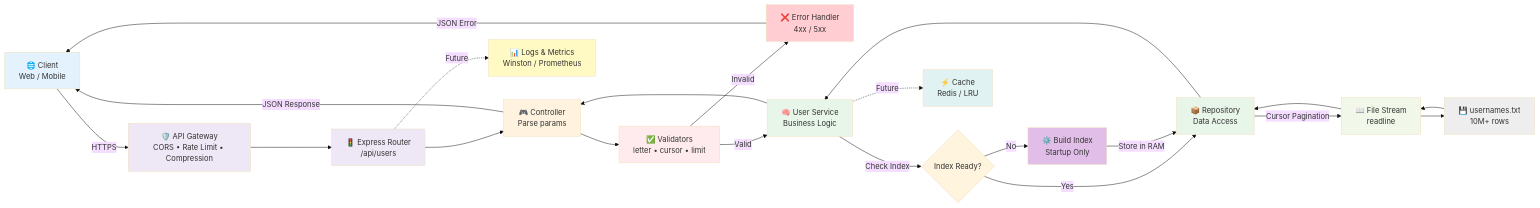
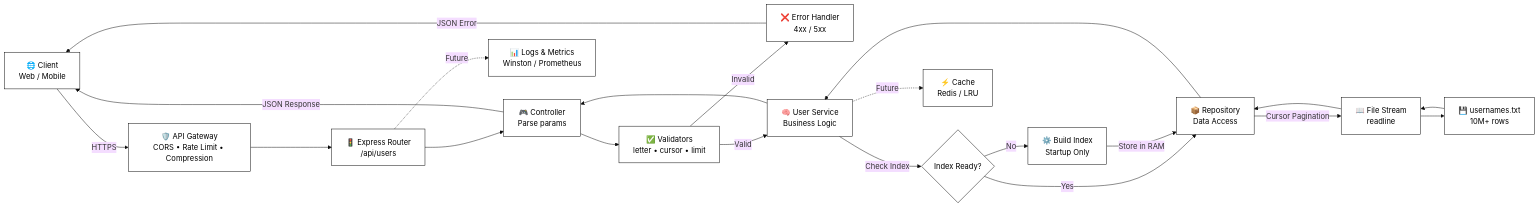
The diagram in docs/ARCHITECTURE.md (TahaBENMALEK/scalable-user-browser), drawn with Mermaid (base theme) before and after one commit. The commit also changed other lines of this file, not shown here.

Commit message:
fix/ correct mermaid architecture in ARCHITECTURE.md file

````diff
--- a/docs/ARCHITECTURE.md
+++ b/docs/ARCHITECTURE.md
@@ -11,66 +11,67 @@
 ```mermaid
 graph LR
     %% ======================
     %% CLIENT & EDGE
     %% ======================
     Client["🌐 Client<br/>Web / Mobile"] 
         -->|HTTPS| Gateway["🛡️ API Gateway<br/>CORS • Rate Limit • Compression"]
 
     %% ======================
     %% API LAYER
     %% ======================
     Gateway --> Router["🚦 Express Router<br/>/api/users"]
     Router --> Controller["🎮 Controller<br/>Parse params"]
     Controller --> Validators["✅ Validators<br/>letter • cursor • limit"]
 
     Validators -->|Invalid| ErrorHandler["❌ Error Handler<br/>4xx / 5xx"]
     Validators -->|Valid| Service["🧠 User Service<br/>Business Logic"]
 
     %% ======================
     %% SERVICE LAYER
     %% ======================
     Service -->|Check Index| IndexCheck{Index Ready?}
     IndexCheck -->|No| BuildIndex["⚙️ Build Index<br/>Startup Only"]
     IndexCheck -->|Yes| Repository["📦 Repository<br/>Data Access"]
 
     BuildIndex -->|Store in RAM| Repository
 
     %% ======================
     %% DATA & IO
     %% ======================
     Repository -->|Cursor Pagination| Stream["📖 File Stream<br/>readline"]
     Stream --> FileSystem["💾 usernames.txt<br/>10M+ rows"]
     FileSystem --> Stream
     Stream --> Repository
 
     %% ======================
     %% RESPONSE PATHS
     %% ======================
     Repository --> Service
     Service --> Controller
     Controller -->|JSON Response| Client
     ErrorHandler -->|JSON Error| Client
 
     %% ======================
     %% OPTIONAL ENHANCEMENTS
     %% ======================
     Service -.->|Future| Cache["⚡ Cache<br/>Redis / LRU"]
     Router -.->|Future| Logs["📊 Logs & Metrics<br/>Winston / Prometheus"]
 
     %% ======================
-    %% STYLING
+    %% UNIFIED STYLING
     %% ======================
-    style Client fill:#e3f2fd
-    style Gateway fill:#ede7f6
-    style Router fill:#ede7f6
-    style Controller fill:#fff3e0
-    style Validators fill:#ffebee
-    style Service fill:#e8f5e9
-    style Repository fill:#e8f5e9
-    style Stream fill:#f1f8e9
-    style FileSystem fill:#eeeeee
-    style Cache fill:#e0f2f1
-    style ErrorHandler fill:#ffcdd2
-    style Logs fill:#fff9c4
-    style BuildIndex fill:#e1bee7
+    style Client fill:#ffffff,stroke:#000000,color:#000000
+    style Gateway fill:#ffffff,stroke:#000000,color:#000000
+    style Router fill:#ffffff,stroke:#000000,color:#000000
+    style Controller fill:#ffffff,stroke:#000000,color:#000000
+    style Validators fill:#ffffff,stroke:#000000,color:#000000
+    style Service fill:#ffffff,stroke:#000000,color:#000000
+    style Repository fill:#ffffff,stroke:#000000,color:#000000
+    style Stream fill:#ffffff,stroke:#000000,color:#000000
+    style FileSystem fill:#ffffff,stroke:#000000,color:#000000
+    style Cache fill:#ffffff,stroke:#000000,color:#000000
+    style ErrorHandler fill:#ffffff,stroke:#000000,color:#000000
+    style Logs fill:#ffffff,stroke:#000000,color:#000000
+    style BuildIndex fill:#ffffff,stroke:#000000,color:#000000
+    style IndexCheck fill:#ffffff,stroke:#000000,color:#000000
 ```
````
